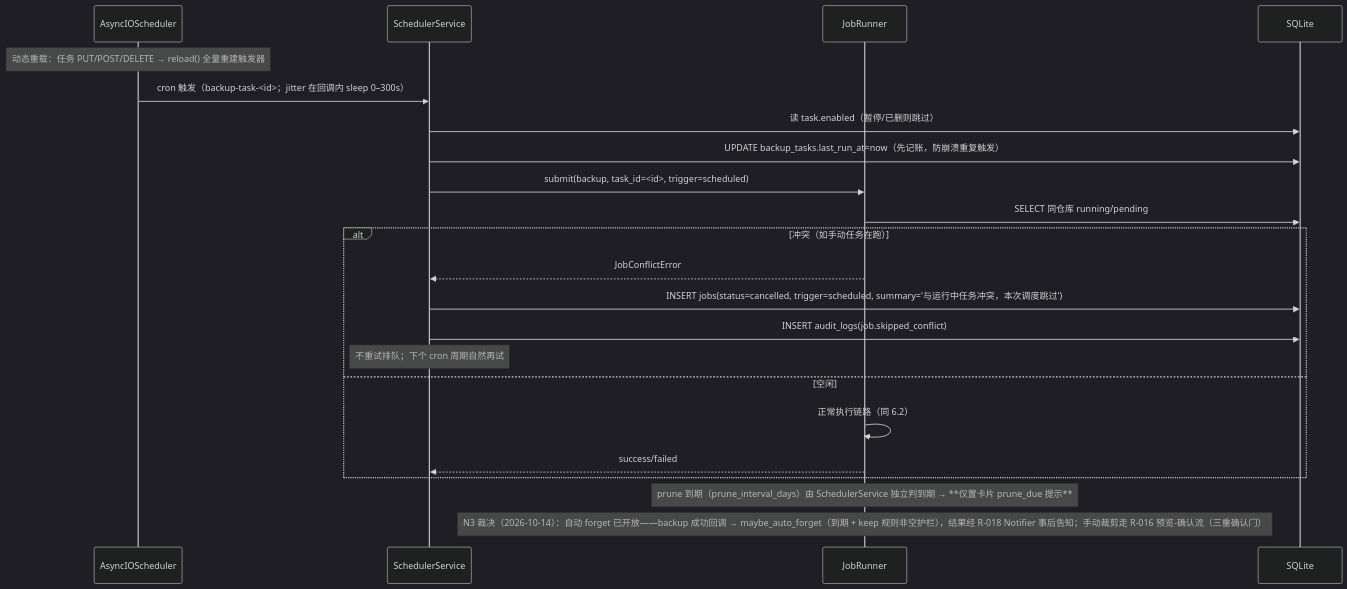
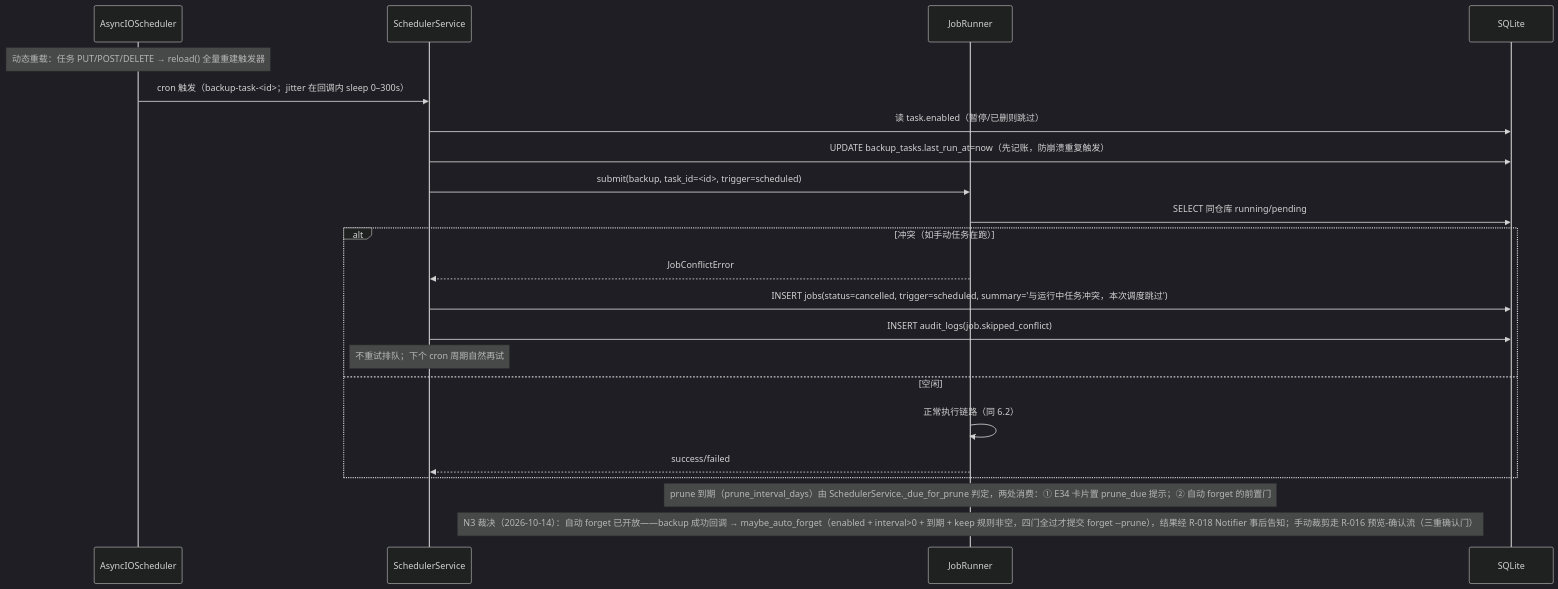
The sixth of 11 diagrams in web版/docs/架构设计文档.md (dolphin738/restic-docker-backup), drawn with Mermaid (dark theme) before and after one commit. The commit also changed other lines of this file and 13 other files, not shown here.

````diff
--- a/web版/docs/架构设计文档.md
+++ b/web版/docs/架构设计文档.md
@@ -1043,25 +1047,25 @@
 ```mermaid
 sequenceDiagram
     participant APS as AsyncIOScheduler
     participant SC as SchedulerService
     participant JR as JobRunner
     participant DB as SQLite
 
     Note over APS: 动态重载：任务 PUT/POST/DELETE → reload() 全量重建触发器
     APS->>SC: cron 触发（backup-task-<id>；jitter 在回调内 sleep 0–300s）
     SC->>DB: 读 task.enabled（暂停/已删则跳过）
     SC->>DB: UPDATE backup_tasks.last_run_at=now（先记账，防崩溃重复触发）
     SC->>JR: submit(backup, task_id=<id>, trigger=scheduled)
     JR->>DB: SELECT 同仓库 running/pending
     alt 冲突（如手动任务在跑）
         JR-->>SC: JobConflictError
         SC->>DB: INSERT jobs(status=cancelled, trigger=scheduled, summary='与运行中任务冲突，本次调度跳过')
         SC->>DB: INSERT audit_logs(job.skipped_conflict)
         Note over SC: 不重试排队；下个 cron 周期自然再试
     else 空闲
         JR->>JR: 正常执行链路（同 6.2）
         JR-->>SC: success/failed
     end
-    Note over JR: prune 到期（prune_interval_days）由 SchedulerService 独立判到期 → **仅置卡片 prune_due 提示**
-    Note over JR: N3 裁决（2026-10-14）：自动 forget 已开放——backup 成功回调 → maybe_auto_forget（到期 + keep 规则非空护栏），结果经 R-018 Notifier 事后告知；手动裁剪走 R-016 预览-确认流（三重确认门）
+    Note over JR: prune 到期（prune_interval_days）由 SchedulerService._due_for_prune 判定，两处消费：① E34 卡片置 prune_due 提示；② 自动 forget 的前置门
+    Note over JR: N3 裁决（2026-10-14）：自动 forget 已开放——backup 成功回调 → maybe_auto_forget（enabled + interval>0 + 到期 + keep 规则非空，四门全过才提交 forget --prune），结果经 R-018 Notifier 事后告知；手动裁剪走 R-016 预览-确认流（三重确认门）
 ```
````
